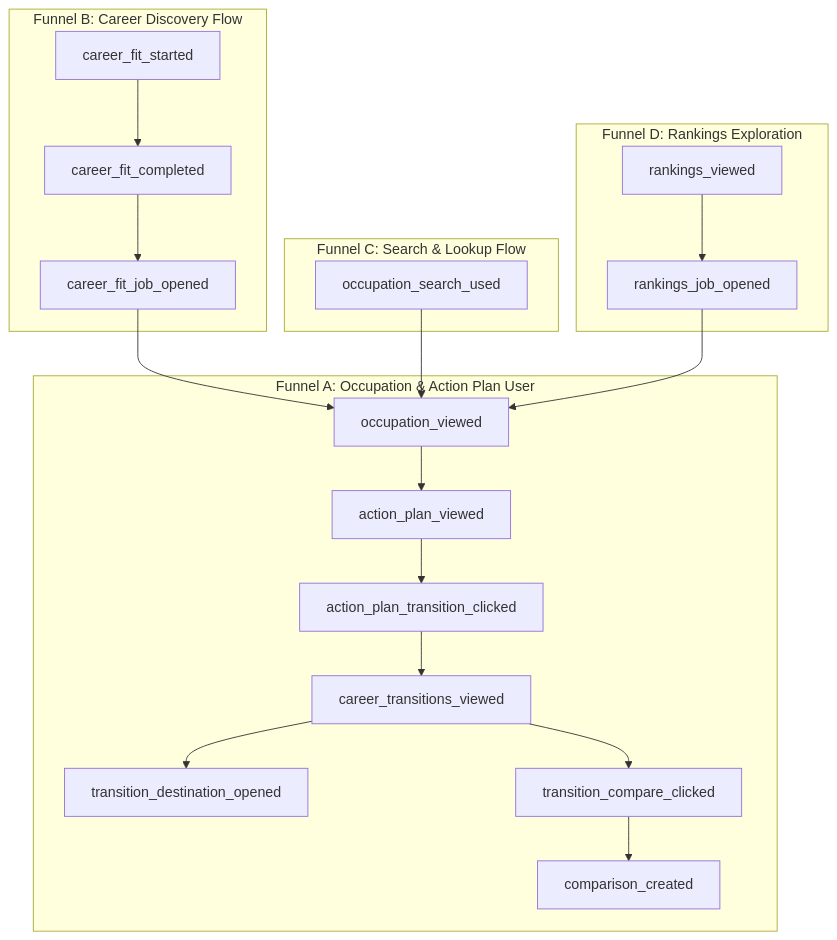
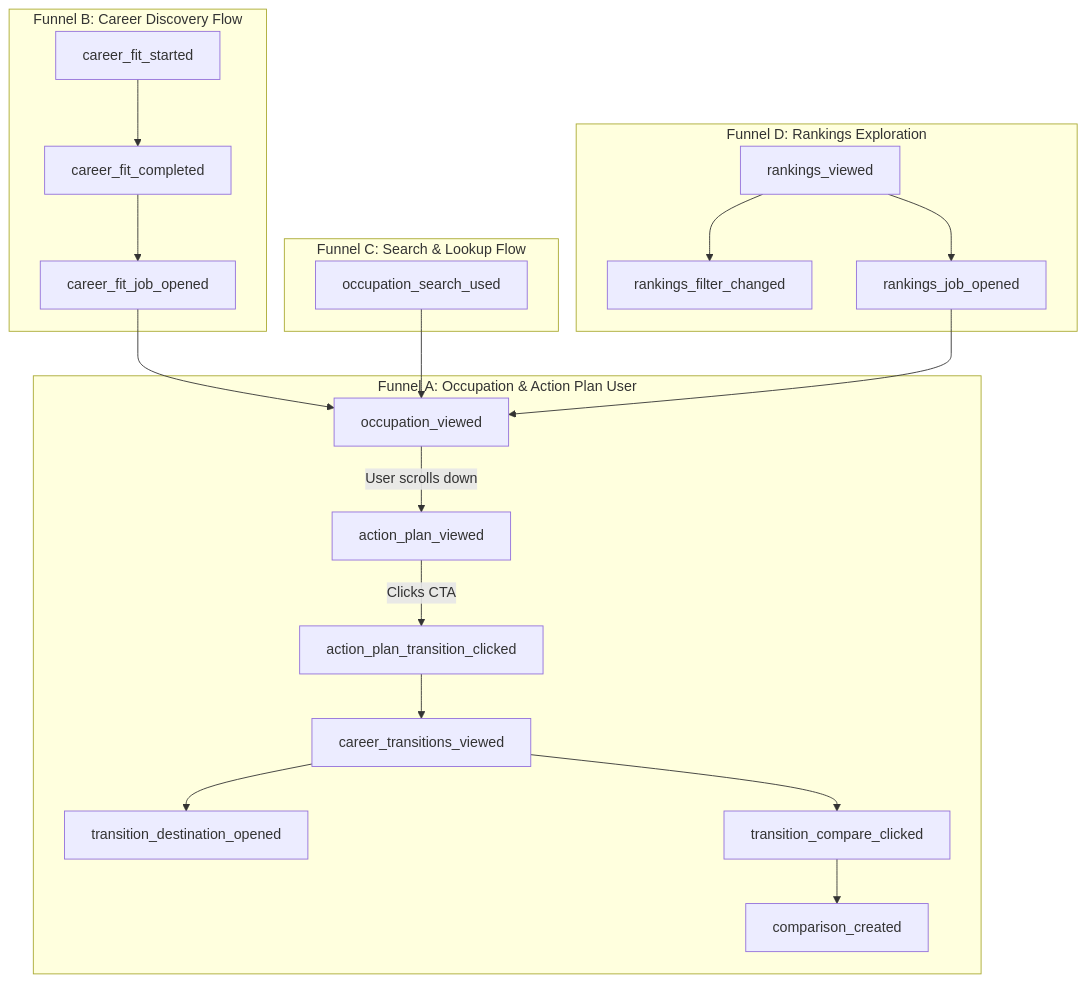
The diagram in reports/PRODUCT_ANALYTICS_V1.md (Creator6890/jobsvsai), drawn with Mermaid before and after one commit. The commit also changed other lines of this file and 5 other files, not shown here.

````diff
--- a/reports/PRODUCT_ANALYTICS_V1.md
+++ b/reports/PRODUCT_ANALYTICS_V1.md
@@ -147,26 +173,27 @@
 ```mermaid
 flowchart TD
   subgraph Funnel_A [Funnel A: Occupation & Action Plan User]
-    A1[occupation_viewed] --> A2[action_plan_viewed]
-    A2 --> A3[action_plan_transition_clicked]
+    A1[occupation_viewed] -->|User scrolls down| A2[action_plan_viewed]
+    A2 -->|Clicks CTA| A3[action_plan_transition_clicked]
     A3 --> A4[career_transitions_viewed]
     A4 --> A5[transition_destination_opened]
     A4 --> A6[transition_compare_clicked]
     A6 --> A7[comparison_created]
   end
 
   subgraph Funnel_B [Funnel B: Career Discovery Flow]
     B1[career_fit_started] --> B2[career_fit_completed]
     B2 --> B3[career_fit_job_opened]
     B3 --> A1
   end
 
   subgraph Funnel_C [Funnel C: Search & Lookup Flow]
     C1[occupation_search_used] --> A1
   end
 
   subgraph Funnel_D [Funnel D: Rankings Exploration]
-    D1[rankings_viewed] --> D2[rankings_job_opened]
-    D2 --> A1
+    D1[rankings_viewed] --> D2[rankings_filter_changed]
+    D1 --> D3[rankings_job_opened]
+    D3 --> A1
   end
 ```
````
